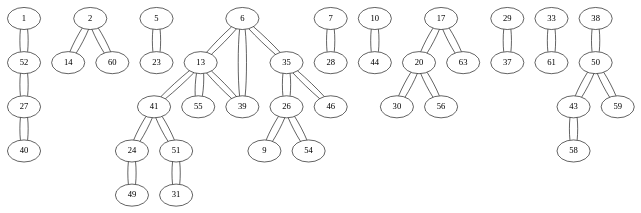
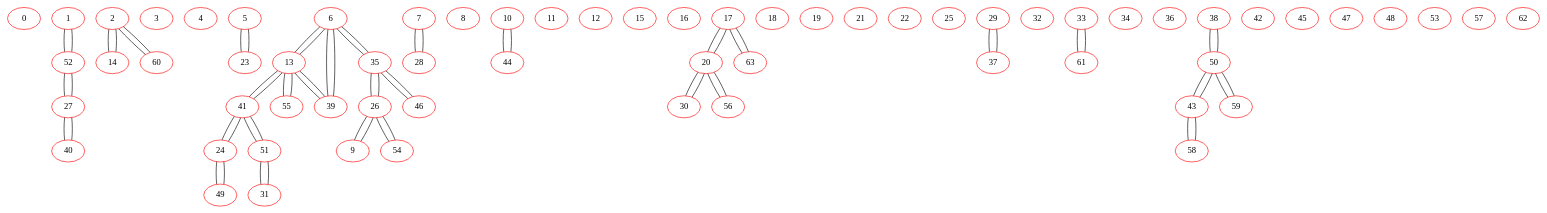
The diagram in graph.dot (nyiyui/parallel-coloring), drawn with Graphviz before and after one commit. The commit also changed 4 other files, not shown here.

```diff
--- a/graph.dot
+++ b/graph.dot
@@ -1,66 +1,130 @@
 graph G {
+  0 [color=red];
+  1 [color=red];
   1 -- 52;
+  2 [color=red];
   2 -- 14;
   2 -- 60;
+  3 [color=red];
+  4 [color=red];
+  5 [color=red];
   5 -- 23;
+  6 [color=red];
   6 -- 13;
   6 -- 35;
   6 -- 39;
+  7 [color=red];
   7 -- 28;
+  8 [color=red];
+  9 [color=red];
   9 -- 26;
+  10 [color=red];
   10 -- 44;
+  11 [color=red];
+  12 [color=red];
+  13 [color=red];
   13 -- 6;
   13 -- 39;
   13 -- 41;
   13 -- 55;
+  14 [color=red];
   14 -- 2;
+  15 [color=red];
+  16 [color=red];
+  17 [color=red];
   17 -- 20;
   17 -- 63;
+  18 [color=red];
+  19 [color=red];
+  20 [color=red];
   20 -- 17;
   20 -- 30;
   20 -- 56;
+  21 [color=red];
+  22 [color=red];
+  23 [color=red];
   23 -- 5;
+  24 [color=red];
   24 -- 41;
   24 -- 49;
+  25 [color=red];
+  26 [color=red];
   26 -- 9;
   26 -- 35;
   26 -- 54;
+  27 [color=red];
   27 -- 40;
   27 -- 52;
+  28 [color=red];
   28 -- 7;
+  29 [color=red];
   29 -- 37;
+  30 [color=red];
   30 -- 20;
+  31 [color=red];
   31 -- 51;
+  32 [color=red];
+  33 [color=red];
   33 -- 61;
+  34 [color=red];
+  35 [color=red];
   35 -- 6;
   35 -- 26;
   35 -- 46;
+  36 [color=red];
+  37 [color=red];
   37 -- 29;
+  38 [color=red];
   38 -- 50;
+  39 [color=red];
   39 -- 6;
   39 -- 13;
+  40 [color=red];
   40 -- 27;
+  41 [color=red];
   41 -- 13;
   41 -- 24;
   41 -- 51;
+  42 [color=red];
+  43 [color=red];
   43 -- 50;
   43 -- 58;
+  44 [color=red];
   44 -- 10;
+  45 [color=red];
+  46 [color=red];
   46 -- 35;
+  47 [color=red];
+  48 [color=red];
+  49 [color=red];
   49 -- 24;
+  50 [color=red];
   50 -- 38;
   50 -- 43;
   50 -- 59;
+  51 [color=red];
   51 -- 31;
   51 -- 41;
+  52 [color=red];
   52 -- 1;
   52 -- 27;
+  53 [color=red];
+  54 [color=red];
   54 -- 26;
+  55 [color=red];
   55 -- 13;
+  56 [color=red];
   56 -- 20;
+  57 [color=red];
+  58 [color=red];
   58 -- 43;
+  59 [color=red];
   59 -- 50;
+  60 [color=red];
   60 -- 2;
+  61 [color=red];
   61 -- 33;
+  62 [color=red];
+  63 [color=red];
   63 -- 17;
 }
```
